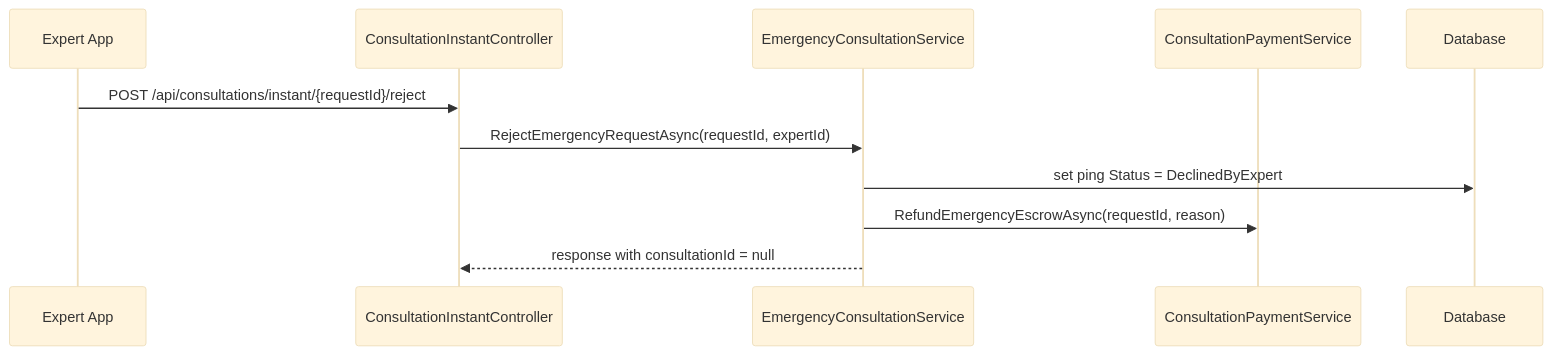
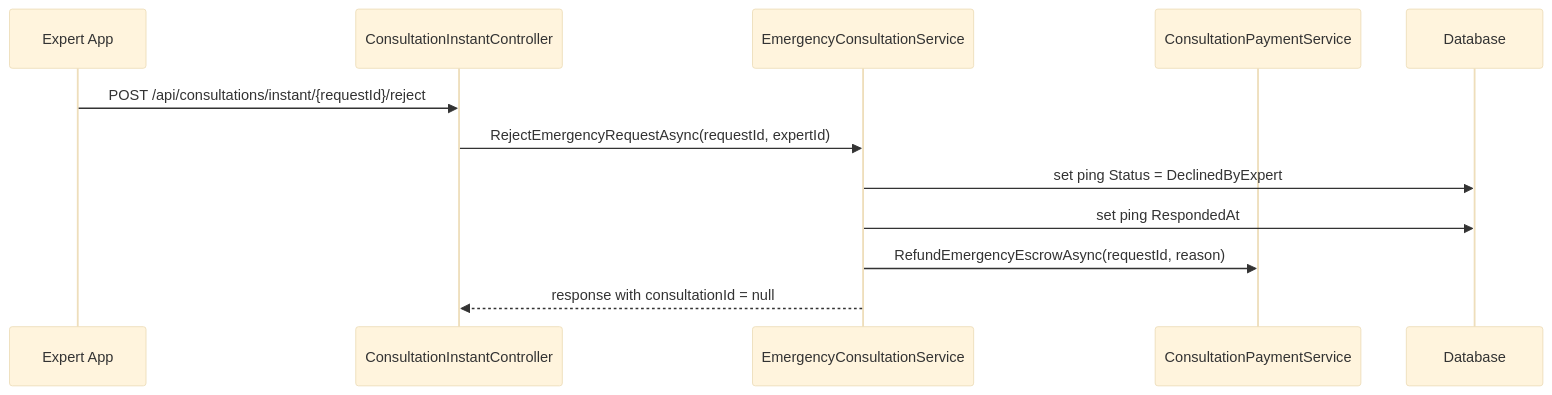
One commit to Snake-AID/SnakeAid.Docs changed the third of 5 diagrams in Docs/05-Backend/02-layers/consultation-instant-booking-cancel/consultation-instant-booking-cancel.sourcecode.md. Above: the diagram before and after it, drawn with Mermaid (base theme). The commit also changed other lines of this file and 4 other files, not shown here.

````diff
--- a/Docs/05-Backend/02-layers/consultation-instant-booking-cancel/consultation-instant-booking-cancel.sourcecode.md
+++ b/Docs/05-Backend/02-layers/consultation-instant-booking-cancel/consultation-instant-booking-cancel.sourcecode.md
@@ -72,14 +81,15 @@
 ```mermaid
 sequenceDiagram
     participant Expert as Expert App
     participant Api as ConsultationInstantController
     participant Service as EmergencyConsultationService
     participant Payment as ConsultationPaymentService
     participant DB as Database
 
     Expert->>Api: POST /api/consultations/instant/{requestId}/reject
     Api->>Service: RejectEmergencyRequestAsync(requestId, expertId)
     Service->>DB: set ping Status = DeclinedByExpert
+    Service->>DB: set ping RespondedAt
     Service->>Payment: RefundEmergencyEscrowAsync(requestId, reason)
     Service-->>Api: response with consultationId = null
 ```
````
